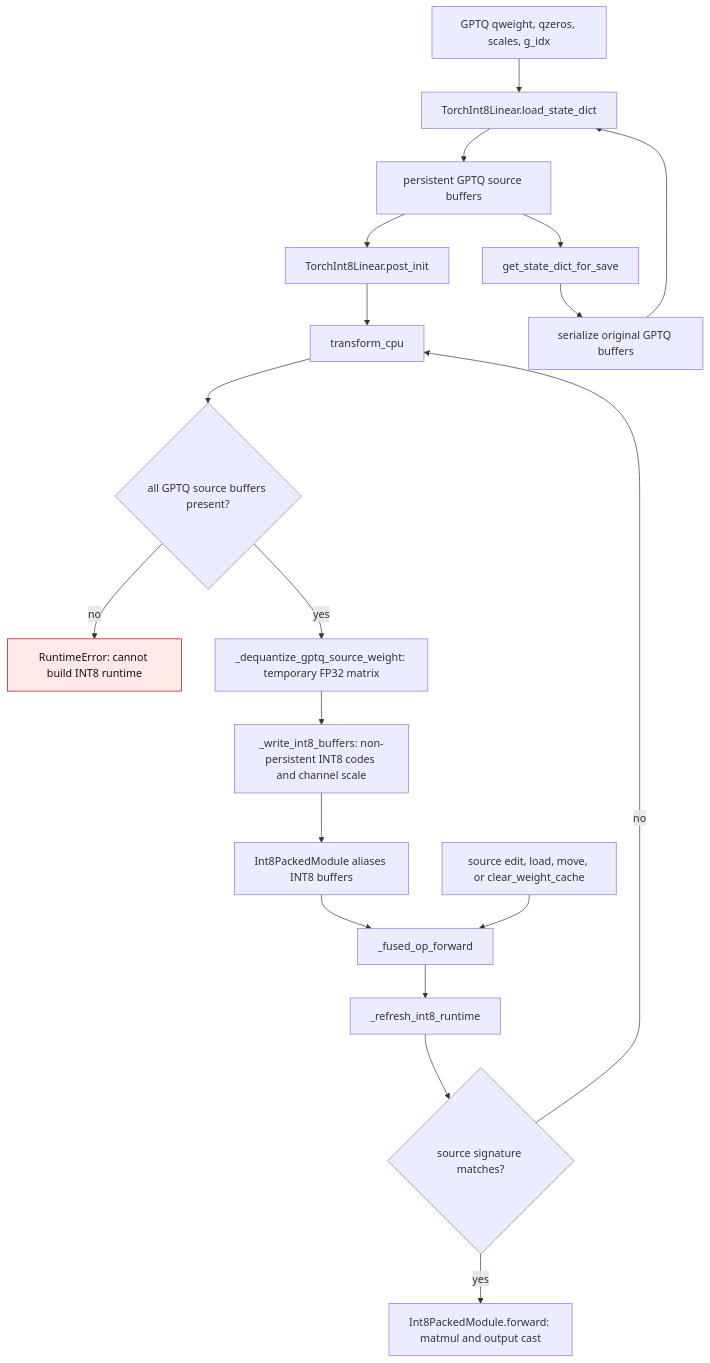
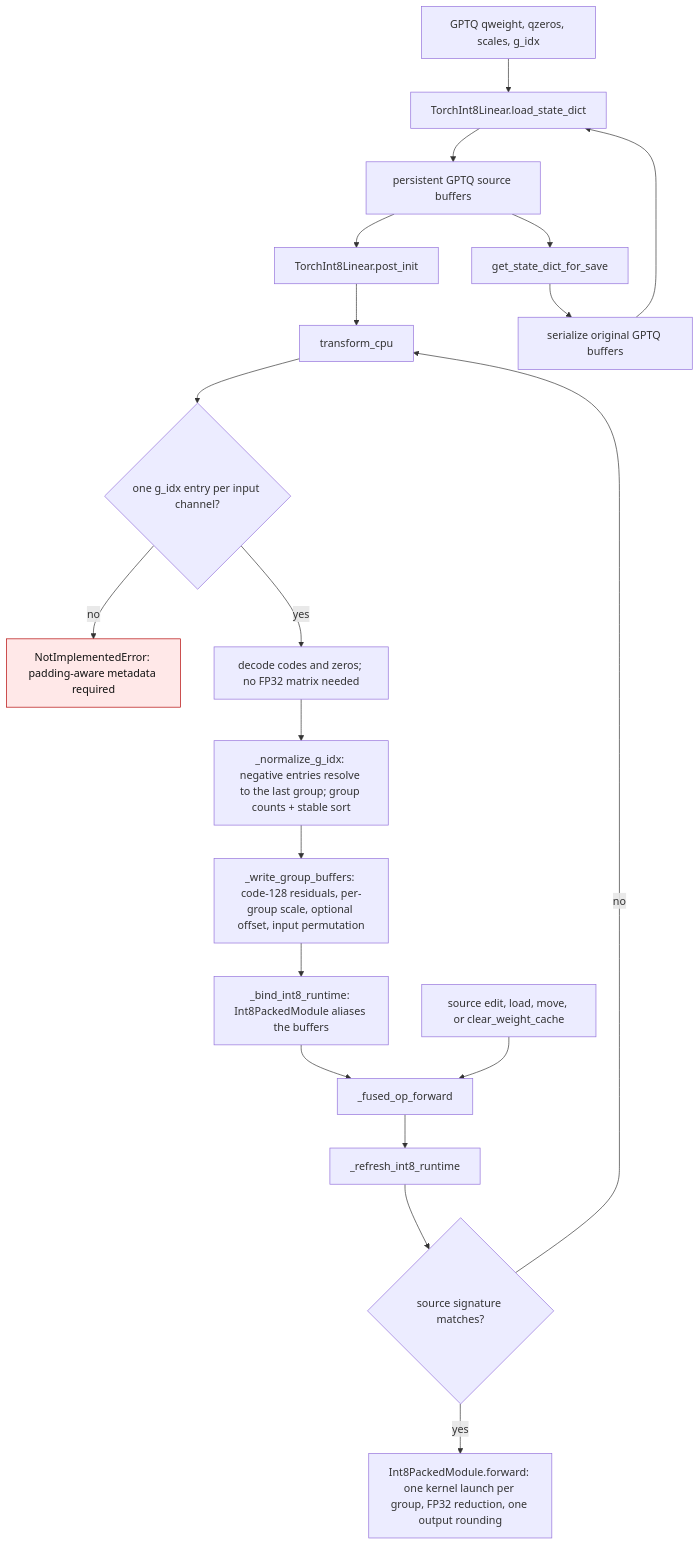
One commit to ModelCloud/GPTQModel changed the first of 2 diagrams in docs/torch-int8-checkpoint-lifecycle.md. Above: the diagram before and after it, drawn with Mermaid. The commit also changed other lines of this file and 11 other files, not shown here.

````diff
--- a/docs/torch-int8-checkpoint-lifecycle.md
+++ b/docs/torch-int8-checkpoint-lifecycle.md
@@ -9,23 +33,24 @@
 ```mermaid
 flowchart TD
     A["GPTQ qweight, qzeros, scales, g_idx"] --> B["TorchInt8Linear.load_state_dict"]
     B --> C["persistent GPTQ source buffers"]
     C --> D["TorchInt8Linear.post_init"]
     D --> T["transform_cpu"]
-    T --> E{"all GPTQ source buffers present?"}
-    E -->|no| X["RuntimeError: cannot build INT8 runtime"]
-    E -->|yes| F["_dequantize_gptq_source_weight: temporary FP32 matrix"]
-    F --> G["_write_int8_buffers: non-persistent INT8 codes and channel scale"]
-    G --> H["Int8PackedModule aliases INT8 buffers"]
+    T --> E{"one g_idx entry per input channel?"}
+    E -->|no| X["NotImplementedError: padding-aware metadata required"]
+    E -->|yes| F["decode codes and zeros; no FP32 matrix needed"]
+    F --> P["_normalize_g_idx: negative entries resolve to the last group; group counts + stable sort"]
+    P --> G["_write_group_buffers: code-128 residuals, per-group scale, optional offset, input permutation"]
+    G --> H["_bind_int8_runtime: Int8PackedModule aliases the buffers"]
     H --> I["_fused_op_forward"]
     I --> R["_refresh_int8_runtime"]
     R --> Q{"source signature matches?"}
-    Q -->|yes| O["Int8PackedModule.forward: matmul and output cast"]
+    Q -->|yes| O["Int8PackedModule.forward: one kernel launch per group, FP32 reduction, one output rounding"]
     Q -->|no| T
     C --> S["get_state_dict_for_save"]
     S --> V["serialize original GPTQ buffers"]
     V --> B
     M["source edit, load, move, or clear_weight_cache"] --> I
     classDef failure fill:#ffe8e8,stroke:#b30000,color:#111
     class X failure
 ```
````
